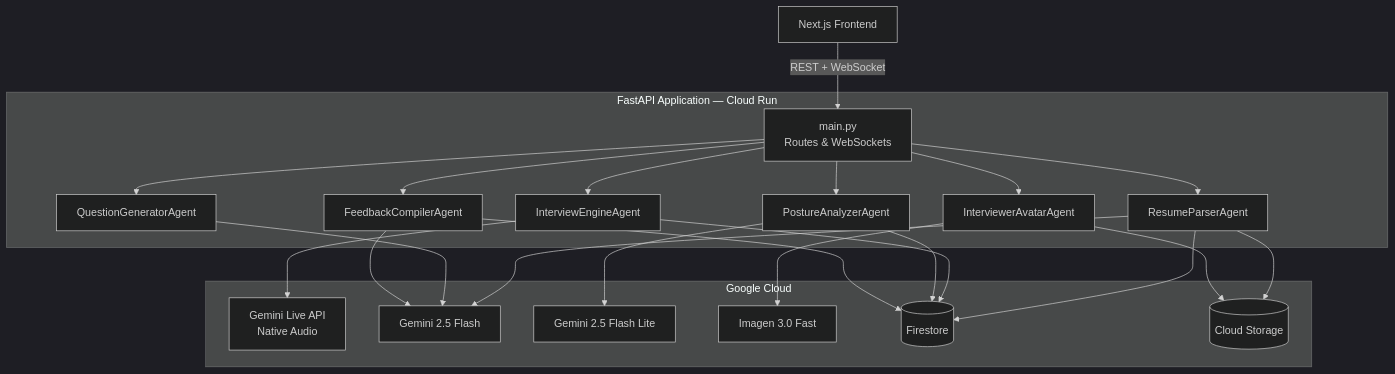
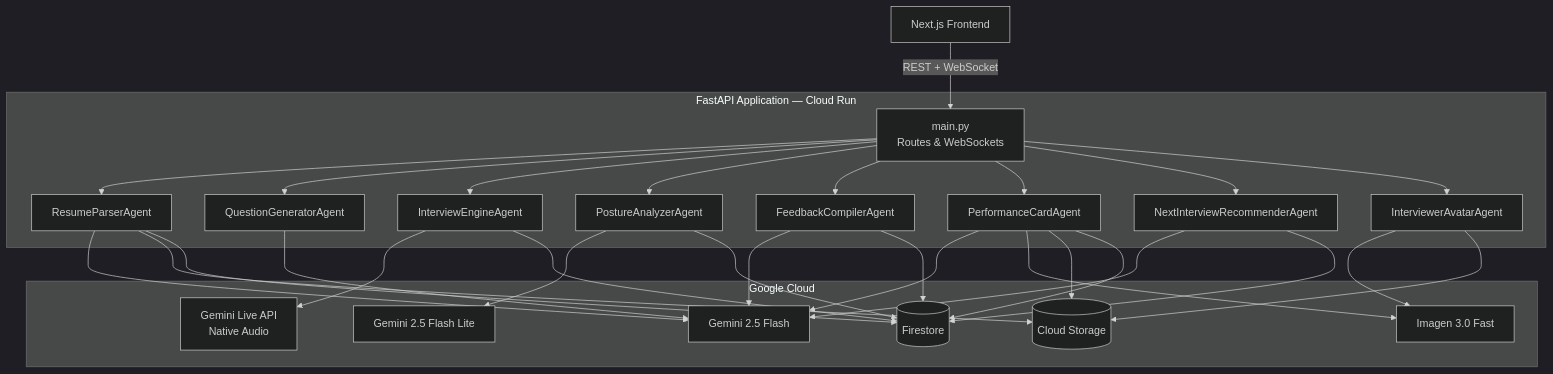
The first of 2 diagrams in backend/README.md (mockmate-app/mockmate), drawn with Mermaid (dark theme) before and after one commit. The commit also changed other lines of this file and 11 other files, not shown here.

Commit message:
- Added performance card - Added next interview recommendation

````diff
--- a/backend/README.md
+++ b/backend/README.md
@@ -9,33 +9,37 @@
 ```mermaid
 graph TB
     FE[Next.js Frontend]
 
     subgraph "FastAPI Application — Cloud Run"
         MAIN[main.py<br/>Routes & WebSockets]
         RP[ResumeParserAgent]
         QG[QuestionGeneratorAgent]
         IE[InterviewEngineAgent]
         PA[PostureAnalyzerAgent]
         FC[FeedbackCompilerAgent]
+        PC[PerformanceCardAgent]
+        NR[NextInterviewRecommenderAgent]
         IA[InterviewerAvatarAgent]
     end
 
     subgraph "Google Cloud"
         LIVE[Gemini Live API<br/>Native Audio]
         FLASH[Gemini 2.5 Flash]
         FLASH_LITE[Gemini 2.5 Flash Lite]
         IMAGEN[Imagen 3.0 Fast]
         FS[(Firestore)]
         GCS[(Cloud Storage)]
     end
 
     FE -- "REST + WebSocket" --> MAIN
-    MAIN --> RP & QG & IE & PA & FC & IA
+    MAIN --> RP & QG & IE & PA & FC & PC & NR & IA
 
     RP --> FLASH & GCS & FS
     QG --> FLASH
     IE --> LIVE & FS
     PA --> FLASH_LITE & FS
     FC --> FLASH & FS
+    PC --> FLASH & IMAGEN & GCS & FS
+    NR --> FLASH & FS
     IA --> IMAGEN & GCS
 ```
````
